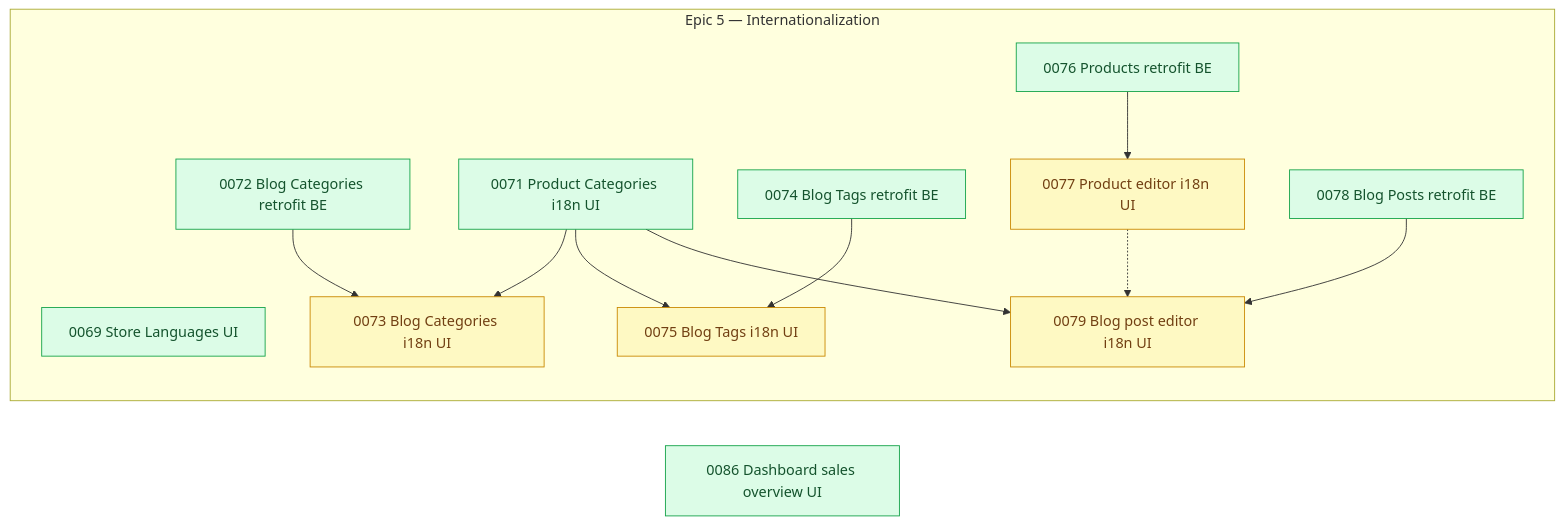
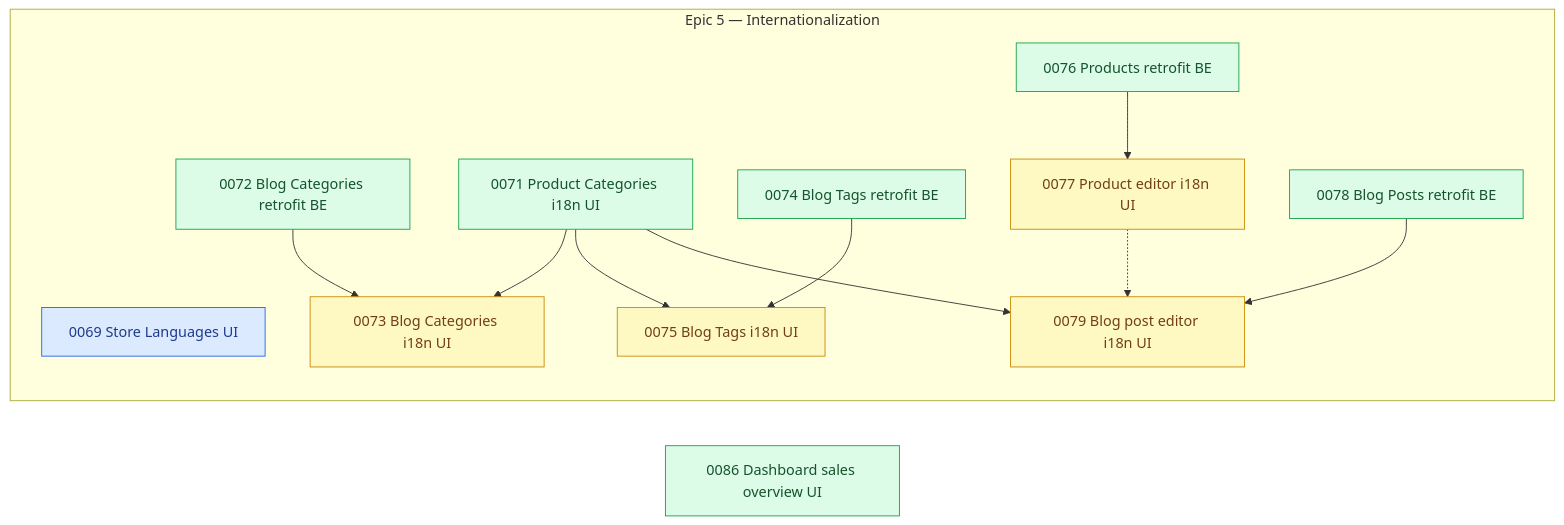
Before and after one commit to shojen/AI4Devs-finalproject: the diagram in arospe/ai-spec/tasks-map.md, drawn with Mermaid. The commit also changed 3 other files, not shown here.

````diff
--- a/arospe/ai-spec/tasks-map.md
+++ b/arospe/ai-spec/tasks-map.md
@@ -607,5 +607,6 @@
     %% (P0083 -.-> P0085 and P0083 --> P0086 dropped: 0083 is done; 0086 is now ready.)
 
     class P0073,P0075,P0077,P0079 pending;
-    class P0069,P0071,P0072,P0074,P0076,P0078,P0086 ready;
+    class P0071,P0072,P0074,P0076,P0078,P0086 ready;
+    class P0069 claimed;
 ```
````
